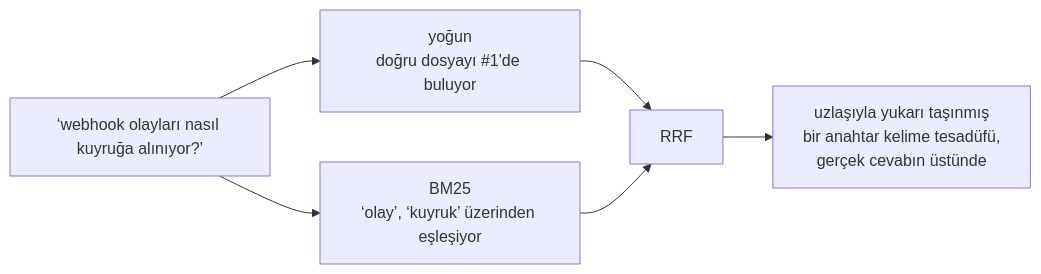
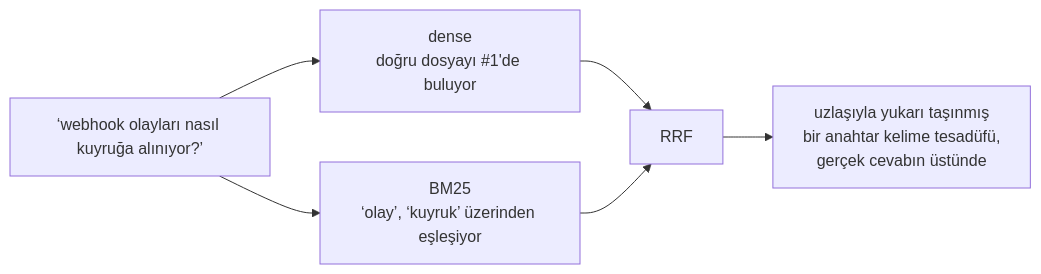
Before and after one commit to fport/milvus-rag: the second of 2 diagrams in docs/rag/03-hybrid.tr.md, drawn with Mermaid. The commit also changed other lines of this file and 15 other files, not shown here.

````diff
--- a/docs/rag/03-hybrid.tr.md
+++ b/docs/rag/03-hybrid.tr.md
@@ -180,8 +180,8 @@
 ```mermaid
 flowchart LR
-    Q2["‘webhook olayları nasıl kuyruğa alınıyor?’"] --> D["yoğun<br>doğru dosyayı #1'de buluyor"]
+    Q2["‘webhook olayları nasıl kuyruğa alınıyor?’"] --> D["dense<br>doğru dosyayı #1'de buluyor"]
     Q2 --> B["BM25<br>‘olay’, ‘kuyruk’ üzerinden eşleşiyor"]
     D --> R["RRF"]
     B --> R
     R --> BAD["uzlaşıyla yukarı taşınmış<br>bir anahtar kelime tesadüfü,<br>gerçek cevabın üstünde"]
 ```
````
